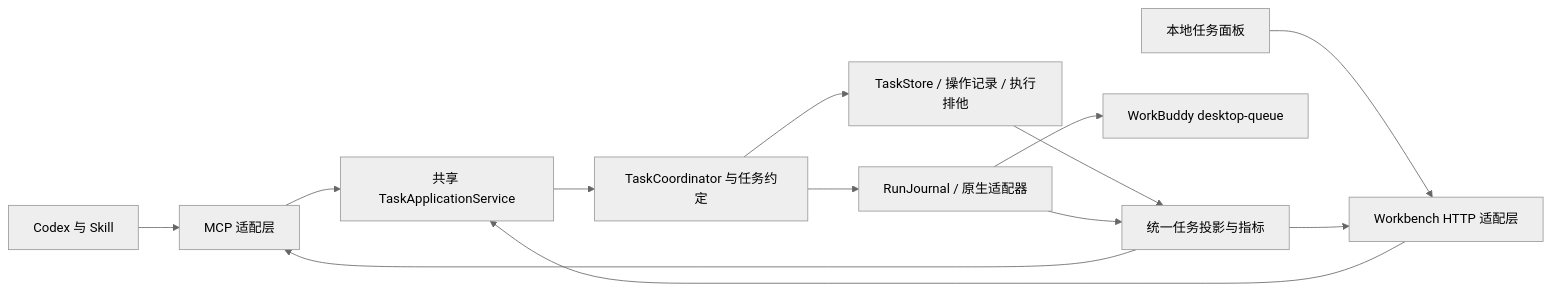
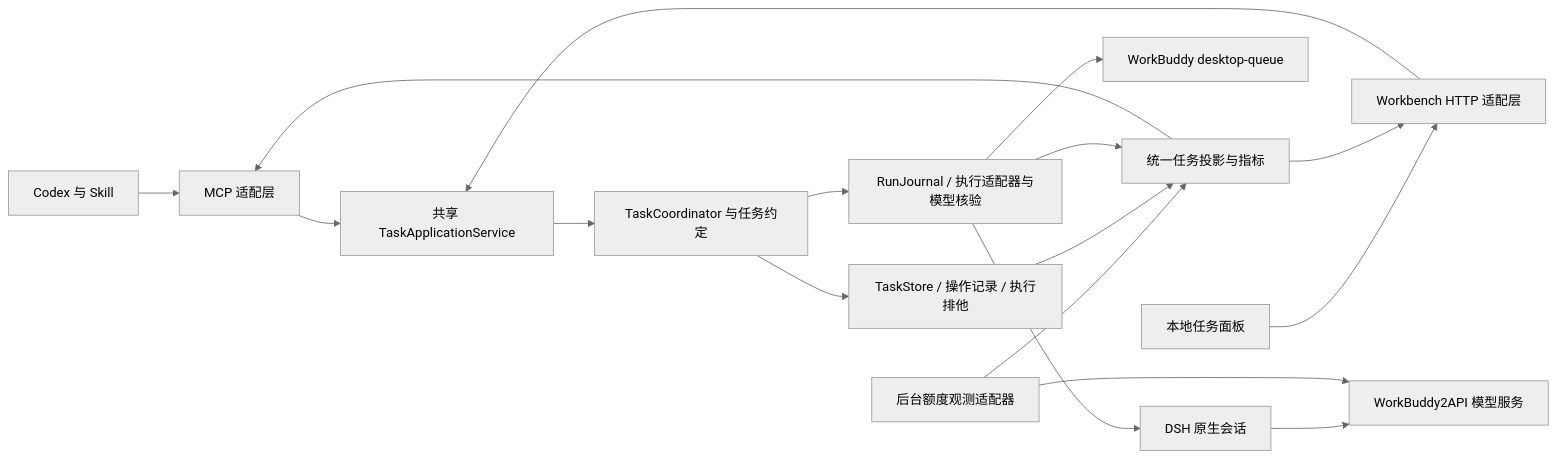
Before and after one commit to shenmiqinvzi/workbuddy-executor-community: the diagram in docs/DEVELOPMENT_DESIGN.md, drawn with Mermaid (neutral theme). The commit also changed other lines of this file and 11 other files, not shown here.

````diff
--- a/docs/DEVELOPMENT_DESIGN.md
+++ b/docs/DEVELOPMENT_DESIGN.md
@@ -54,15 +54,19 @@
 ```mermaid
 flowchart LR
     C[Codex 与 Skill] --> M[MCP 适配层]
     U[本地任务面板] --> H[Workbench HTTP 适配层]
     M --> A[共享 TaskApplicationService]
     H --> A
     A --> T[TaskCoordinator 与任务约定]
     T --> S[TaskStore / 操作记录 / 执行排他]
-    T --> R[RunJournal / 原生适配器]
+    T --> R[RunJournal / 执行适配器与模型核验]
     R --> W[WorkBuddy desktop-queue]
+    R --> D[DSH 原生会话]
+    D --> B[WorkBuddy2API 模型服务]
+    Q[后台额度观测适配器] --> B
+    Q --> P
     S --> P[统一任务投影与指标]
     R --> P
     P --> M
     P --> H
 ```
````
